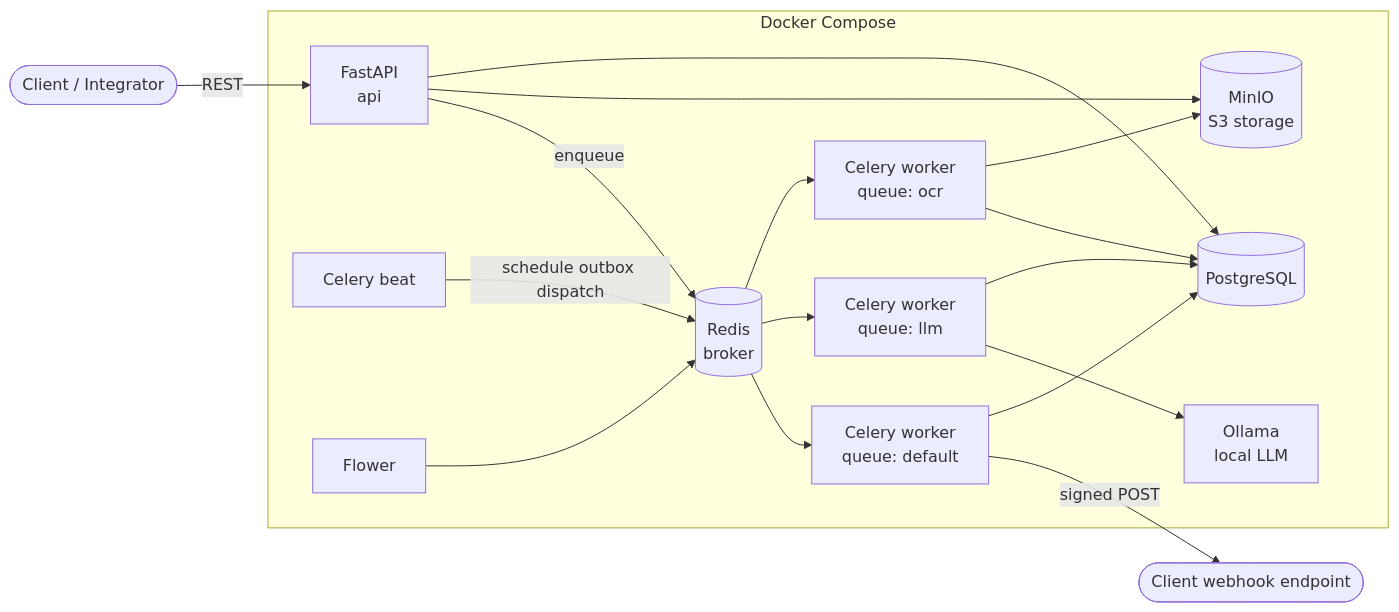
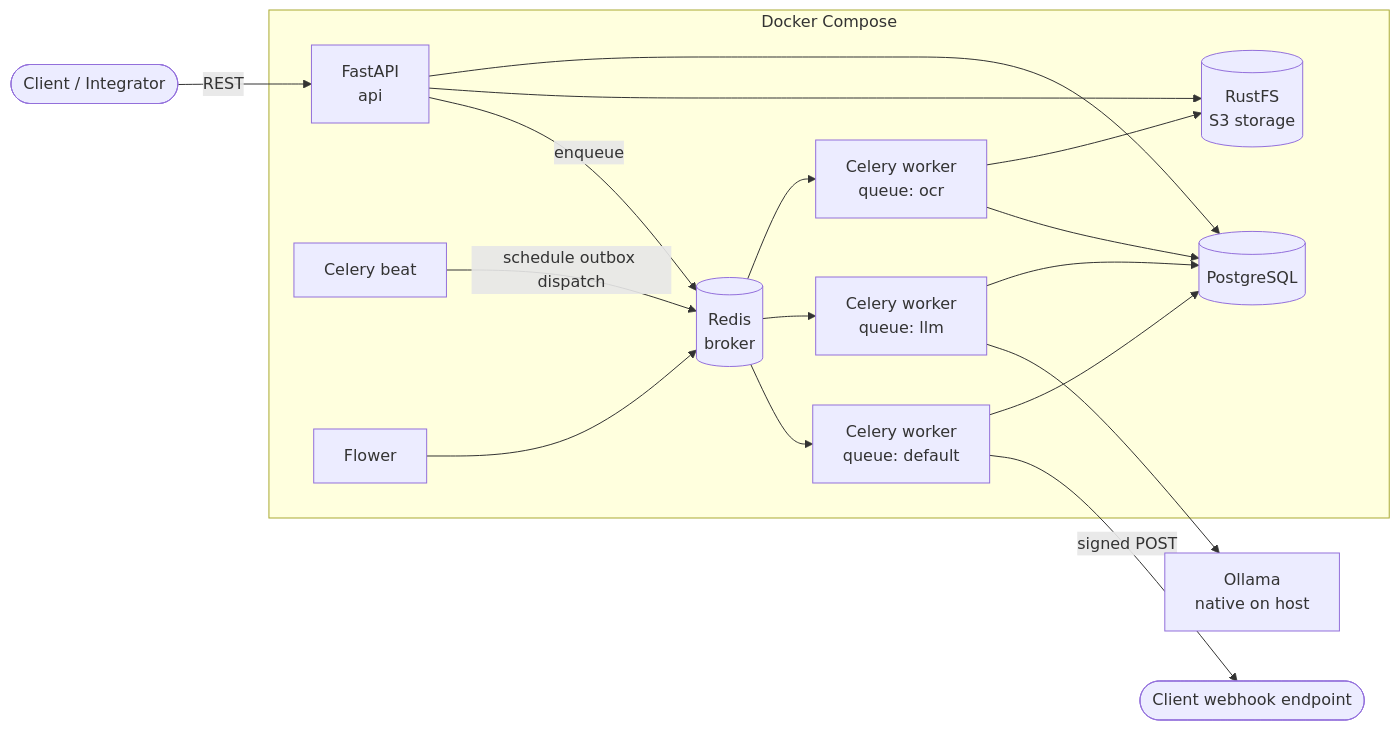
The first of 3 diagrams in docs/TRD.md (connectaliraza/sift), drawn with Mermaid before and after one commit. The commit also changed other lines of this file and 73 other files, not shown here.

````diff
--- a/docs/TRD.md
+++ b/docs/TRD.md
@@ -27,29 +27,29 @@
 ```mermaid
 flowchart LR
     Client([Client / Integrator])
     subgraph Compose[Docker Compose]
         API[FastAPI<br/>api]
         R[(Redis<br/>broker)]
         PG[(PostgreSQL)]
-        S3[(MinIO<br/>S3 storage)]
+        S3[(RustFS<br/>S3 storage)]
         WO[Celery worker<br/>queue: ocr]
         WL[Celery worker<br/>queue: llm]
         WD[Celery worker<br/>queue: default]
         BEAT[Celery beat]
-        OL[Ollama<br/>local LLM]
         FL[Flower]
     end
+    OL[Ollama<br/>native on host]
     Hook([Client webhook endpoint])
 
     Client -- REST --> API
     API --> PG
     API --> S3
     API -- enqueue --> R
     R --> WO & WL & WD
     WO --> S3
     WO & WL & WD --> PG
     WL --> OL
     BEAT -- schedule outbox dispatch --> R
     WD -- signed POST --> Hook
     FL --> R
 ```
````
